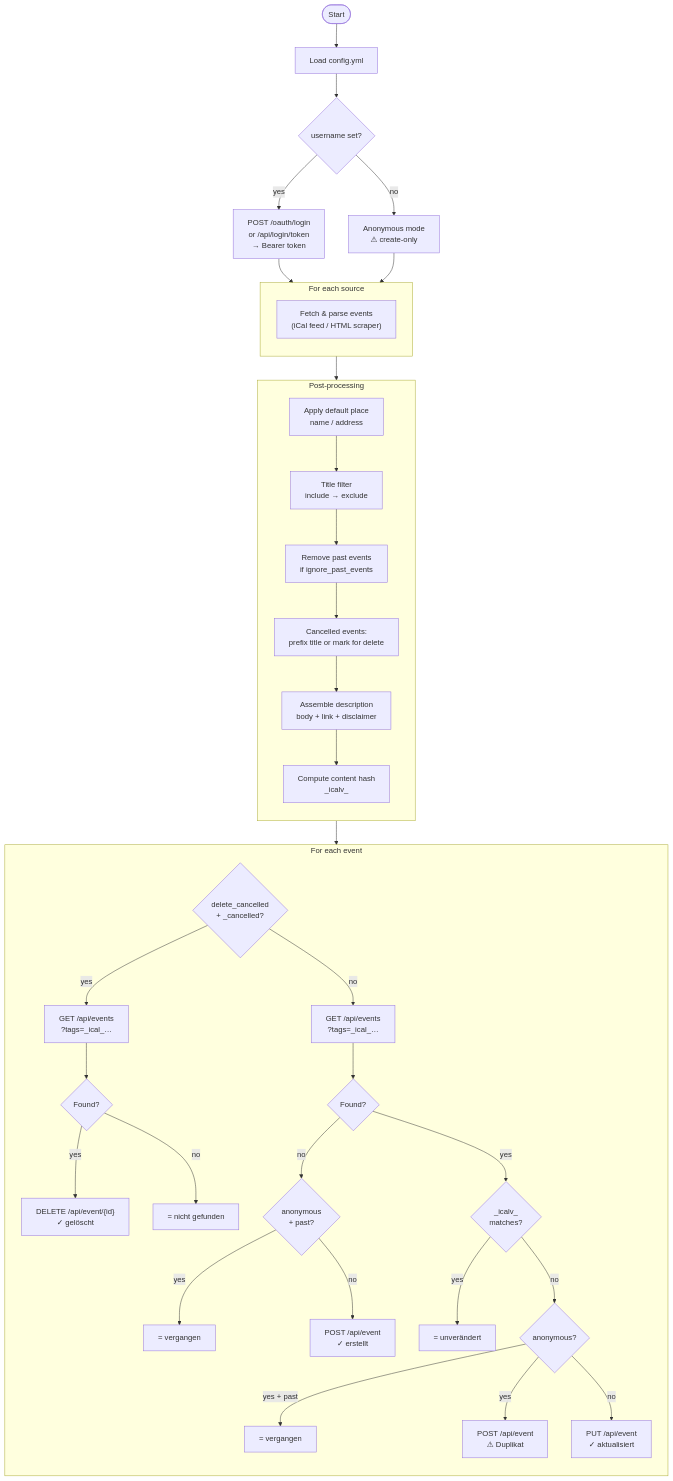
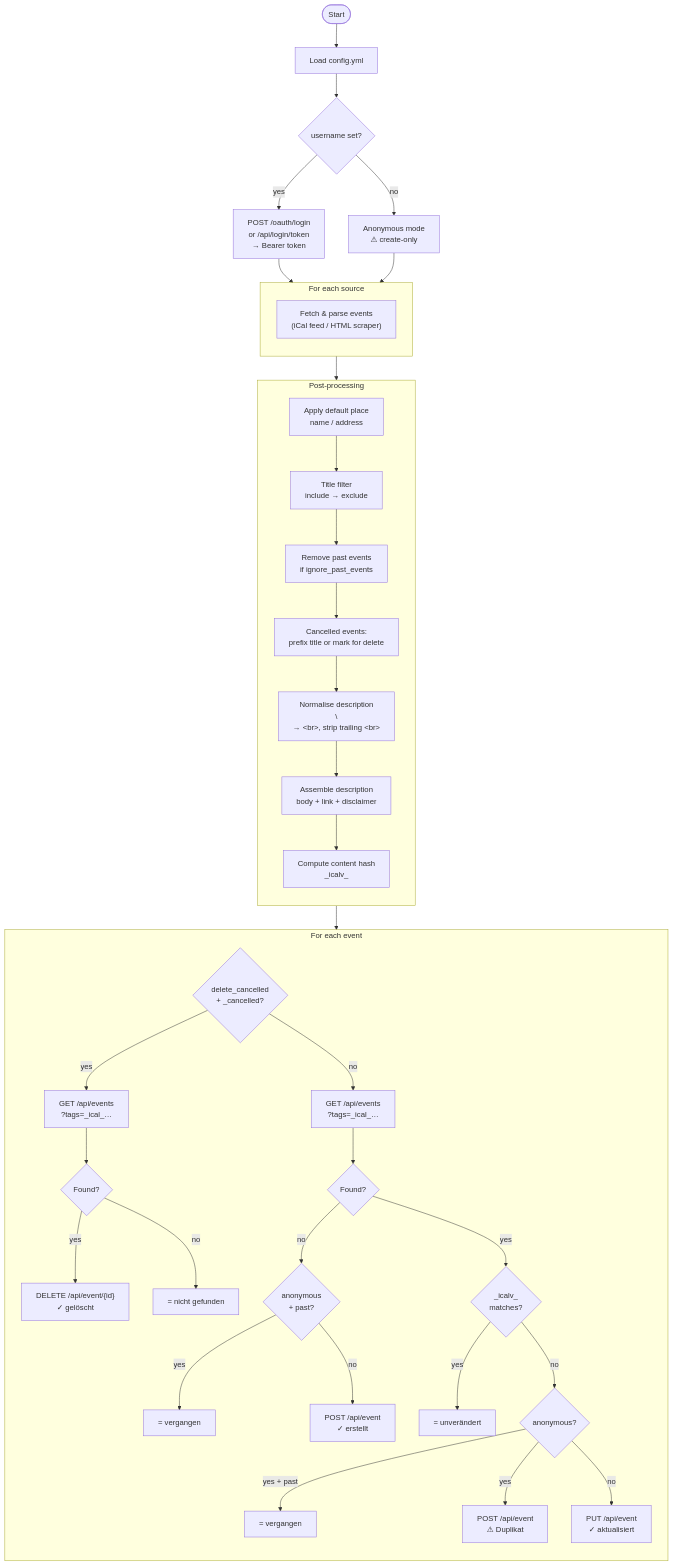
Before and after one commit to Leaced/cal2gancio: the diagram in docs/how-it-works.md, drawn with Mermaid. The commit also changed 1 other file, not shown here.

Commit message:
refactor: better code readability for postprocessing

````diff
--- a/docs/how-it-works.md
+++ b/docs/how-it-works.md
@@ -5,52 +5,53 @@
 ```mermaid
 flowchart TD
     Start([Start]) --> LoadCfg[Load config.yml]
     LoadCfg --> Auth{username set?}
     Auth -- yes --> Login["POST /oauth/login\nor /api/login/token\n→ Bearer token"]
     Auth -- no  --> Anon[Anonymous mode\n⚠ create-only]
     Login --> Sources
     Anon  --> Sources
 
     subgraph Sources[For each source]
         direction TB
         Fetch["Fetch & parse events\n(iCal feed / HTML scraper)"]
     end
 
     Sources --> Post
 
     subgraph Post[Post-processing]
         direction TB
         PlaceDef[Apply default place\nname / address] -->
         TitleFilter["Title filter\ninclude → exclude"] -->
         PastFilter[Remove past events\nif ignore_past_events] -->
         CancelledPost["Cancelled events:\nprefix title or mark for delete"] -->
+        HtmlNorm["Normalise description\n\\n → &lt;br&gt;, strip trailing &lt;br&gt;"] -->
         DescAssembly["Assemble description\nbody + link + disclaimer"] -->
         ContentHash["Compute content hash\n_icalv_"]
     end
 
     Post --> Sync
 
     subgraph Sync[For each event]
         direction TB
         Cancelled{delete_cancelled\n+ _cancelled?}
 
         Cancelled -- yes --> Lookup1["GET /api/events\n?tags=_ical_…"]
         Lookup1 --> Found1{Found?}
         Found1 -- yes --> Del["DELETE /api/event/{id}\n✓ gelöscht"]
         Found1 -- no  --> NotFound["= nicht gefunden"]
 
         Cancelled -- no --> Lookup2["GET /api/events\n?tags=_ical_…"]
         Lookup2 --> Found2{Found?}
 
         Found2 -- no --> PastAnon{"anonymous\n+ past?"}
         PastAnon -- yes --> SkipPast["= vergangen"]
         PastAnon -- no  --> Create["POST /api/event\n✓ erstellt"]
 
         Found2 -- yes --> HashMatch{"_icalv_\nmatches?"}
         HashMatch -- yes --> Skip["= unverändert"]
         HashMatch -- no  --> IsAnon{anonymous?}
         IsAnon -- "yes + past" --> SkipPast2["= vergangen"]
         IsAnon -- yes       --> Dup["POST /api/event\n⚠ Duplikat"]
         IsAnon -- no        --> Update["PUT /api/event\n✓ aktualisiert"]
     end
 ```
````
